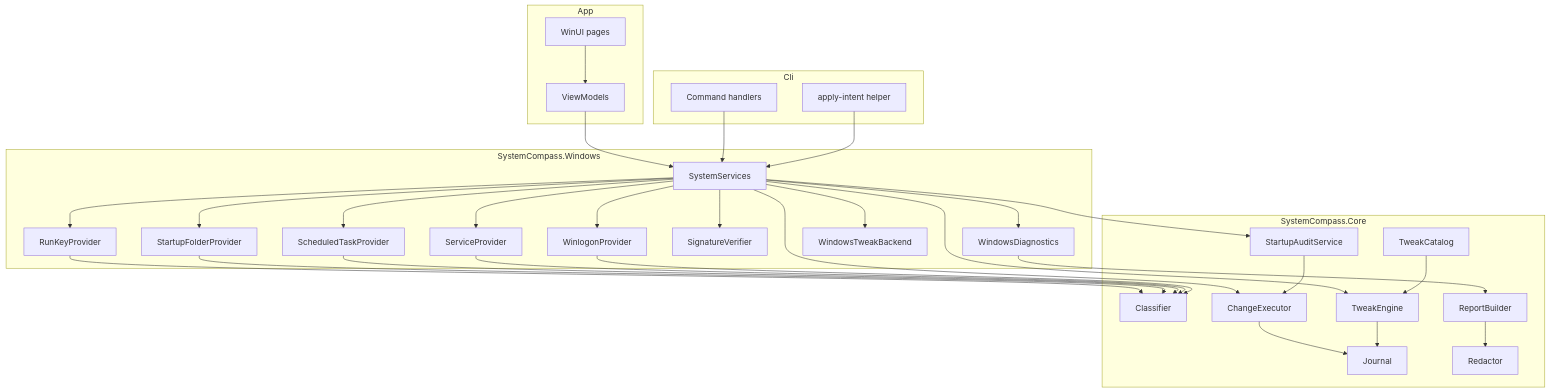
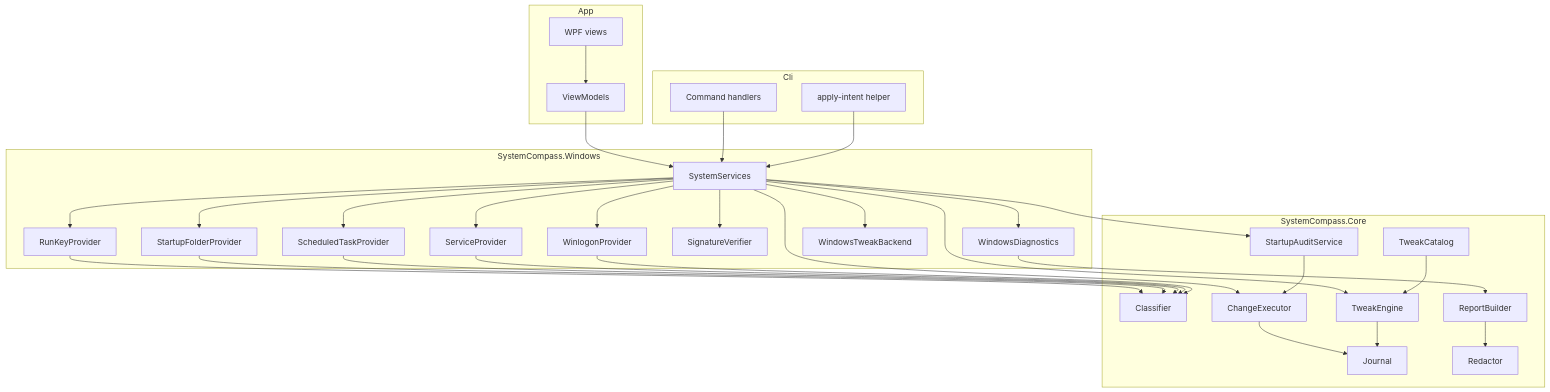
The first of 3 diagrams in docs/architecture.md (Rutyro/SystemCompass), drawn with Mermaid before and after one commit. The commit also changed other lines of this file and 57 other files, not shown here.

First line of the commit message:
Replace WinUI shell with WPF and AvalonDock UI

````diff
--- a/docs/architecture.md
+++ b/docs/architecture.md
@@ -25,59 +25,59 @@
 ```mermaid
 flowchart TB
     subgraph App
         VM[ViewModels]
-        VIEW[WinUI pages]
+        VIEW[WPF views]
     end
     subgraph Cli
         CMD[Command handlers]
         ELEV[apply-intent helper]
     end
     subgraph WindowsLayer[SystemCompass.Windows]
         RUN[RunKeyProvider]
         FOLDER[StartupFolderProvider]
         TASK[ScheduledTaskProvider]
         SERVICE[ServiceProvider]
         LOGON[WinlogonProvider]
         SIG[SignatureVerifier]
         DIAG[WindowsDiagnostics]
         BACKEND[WindowsTweakBackend]
         SERVICES[SystemServices]
     end
     subgraph CoreLayer[SystemCompass.Core]
         CLASSIFIER[Classifier]
         AUDIT[StartupAuditService]
         EXEC[ChangeExecutor]
         JOURNAL[Journal]
         TWEAK[TweakEngine]
         CATALOG[TweakCatalog]
         REDACT[Redactor]
         REPORT[ReportBuilder]
     end
 
     VIEW --> VM
     VM --> SERVICES
     CMD --> SERVICES
     ELEV --> SERVICES
     SERVICES --> RUN
     SERVICES --> FOLDER
     SERVICES --> TASK
     SERVICES --> SERVICE
     SERVICES --> LOGON
     SERVICES --> SIG
     SERVICES --> DIAG
     SERVICES --> BACKEND
     SERVICES --> AUDIT
     SERVICES --> EXEC
     SERVICES --> TWEAK
     RUN --> CLASSIFIER
     FOLDER --> CLASSIFIER
     TASK --> CLASSIFIER
     SERVICE --> CLASSIFIER
     LOGON --> CLASSIFIER
     AUDIT --> EXEC
     EXEC --> JOURNAL
     TWEAK --> JOURNAL
     DIAG --> REPORT
     REPORT --> REDACT
     CATALOG --> TWEAK
 ```
````
